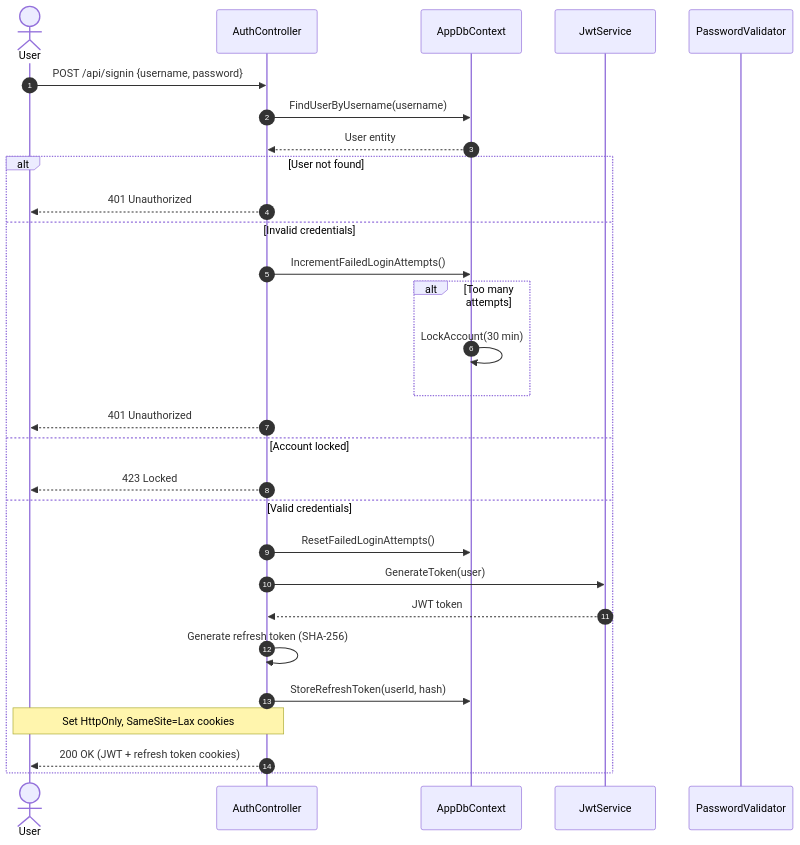
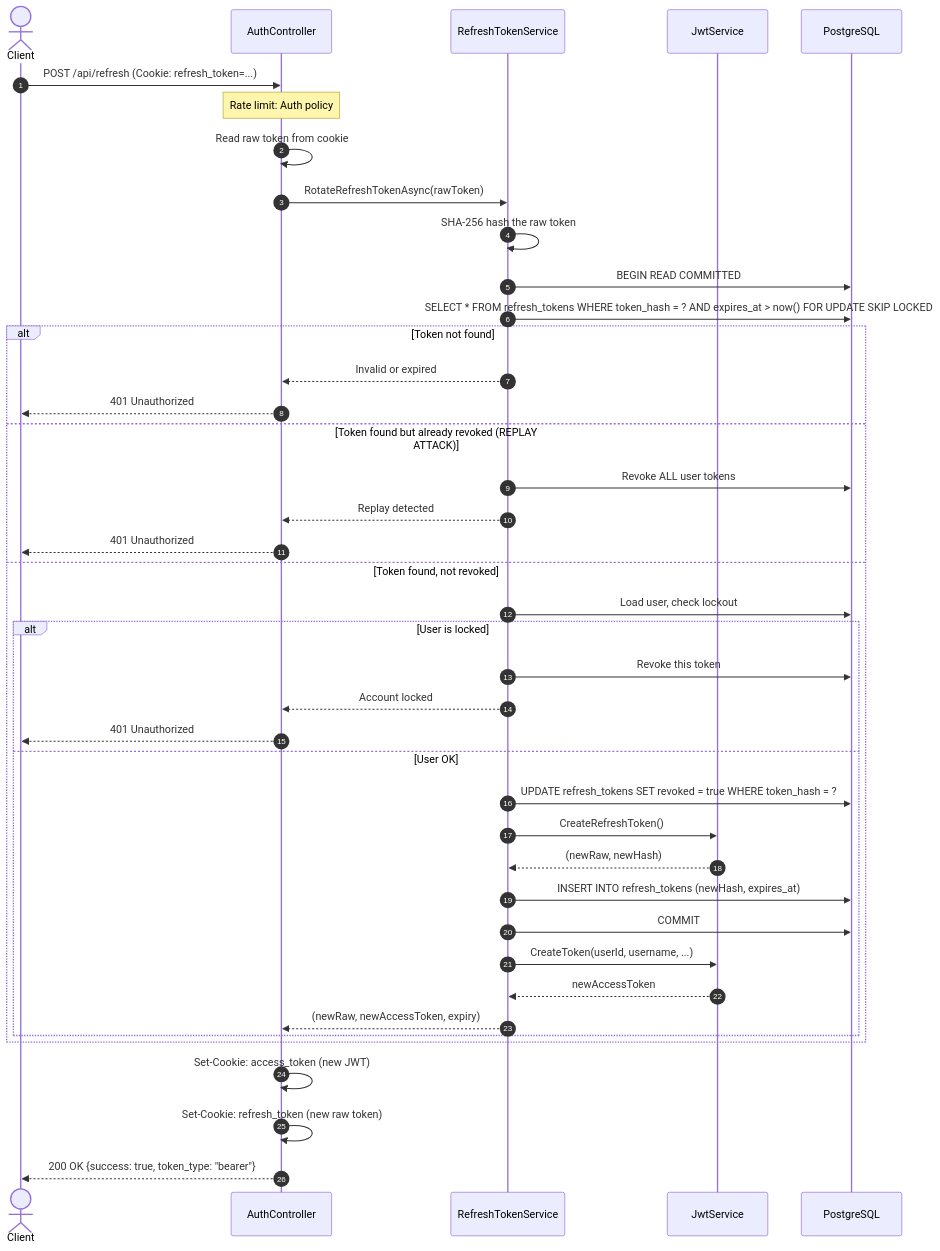
Before and after one commit to Zuhir-Benslama/NARS: the second of 7 diagrams in docs/uml/nars-sequence-diagram.md, drawn with Mermaid. The commit also changed other lines of this file and 115 other files, not shown here.

First line of the commit message:
fix: code-quality campaign + CI workflow + UML refresh

````diff
--- a/docs/uml/nars-sequence-diagram.md
+++ b/docs/uml/nars-sequence-diagram.md
@@ -5,34 +75,49 @@
 ```mermaid
 sequenceDiagram
     autonumber
-    actor User
+    actor Client
     participant AuthController
-    participant AppDbContext
+    participant RefreshTokenService
     participant JwtService
-    participant PasswordValidator
+    participant PostgreSQL
 
-    User->>AuthController: POST /api/signin {username, password}
-    AuthController->>AppDbContext: FindUserByUsername(username)
-    AppDbContext-->>AuthController: User entity
+    Client->>AuthController: POST /api/refresh (Cookie: refresh_token=...)
+    Note over AuthController: Rate limit: Auth policy
 
-    alt User not found
-        AuthController-->>User: 401 Unauthorized
-    else Invalid credentials
-        AuthController->>AppDbContext: IncrementFailedLoginAttempts()
-        alt Too many attempts
-            AppDbContext->>AppDbContext: LockAccount(30 min)
+    AuthController->>AuthController: Read raw token from cookie
+    AuthController->>RefreshTokenService: RotateRefreshTokenAsync(rawToken)
+
+    RefreshTokenService->>RefreshTokenService: SHA-256 hash the raw token
+
+    RefreshTokenService->>PostgreSQL: BEGIN READ COMMITTED
+    RefreshTokenService->>PostgreSQL: SELECT * FROM refresh_tokens WHERE token_hash = ? AND expires_at > now() FOR UPDATE SKIP LOCKED
+
+    alt Token not found
+        RefreshTokenService-->>AuthController: Invalid or expired
+        AuthController-->>Client: 401 Unauthorized
+    else Token found but already revoked (REPLAY ATTACK)
+        RefreshTokenService->>PostgreSQL: Revoke ALL user tokens
+        RefreshTokenService-->>AuthController: Replay detected
+        AuthController-->>Client: 401 Unauthorized
+    else Token found, not revoked
+        RefreshTokenService->>PostgreSQL: Load user, check lockout
+        alt User is locked
+            RefreshTokenService->>PostgreSQL: Revoke this token
+            RefreshTokenService-->>AuthController: Account locked
+            AuthController-->>Client: 401 Unauthorized
+        else User OK
+            RefreshTokenService->>PostgreSQL: UPDATE refresh_tokens SET revoked = true WHERE token_hash = ?
+            RefreshTokenService->>JwtService: CreateRefreshToken()
+            JwtService-->>RefreshTokenService: (newRaw, newHash)
+            RefreshTokenService->>PostgreSQL: INSERT INTO refresh_tokens (newHash, expires_at)
+            RefreshTokenService->>PostgreSQL: COMMIT
+            RefreshTokenService->>JwtService: CreateToken(userId, username, ...)
+            JwtService-->>RefreshTokenService: newAccessToken
+            RefreshTokenService-->>AuthController: (newRaw, newAccessToken, expiry)
         end
-        AuthController-->>User: 401 Unauthorized
-    else Account locked
-        AuthController-->>User: 423 Locked
-    else Valid credentials
-        AuthController->>AppDbContext: ResetFailedLoginAttempts()
-        AuthController->>JwtService: GenerateToken(user)
-        JwtService-->>AuthController: JWT token
-        AuthController->>AuthController: Generate refresh token (SHA-256)
-        AuthController->>AppDbContext: StoreRefreshToken(userId, hash)
+    end
 
-        Note over AuthController,User: Set HttpOnly, SameSite=Lax cookies
-        AuthController-->>User: 200 OK (JWT + refresh token cookies)
-    end
+    AuthController->>AuthController: Set-Cookie: access_token (new JWT)
+    AuthController->>AuthController: Set-Cookie: refresh_token (new raw token)
+    AuthController-->>Client: 200 OK {success: true, token_type: "bearer"}
 ```
````
